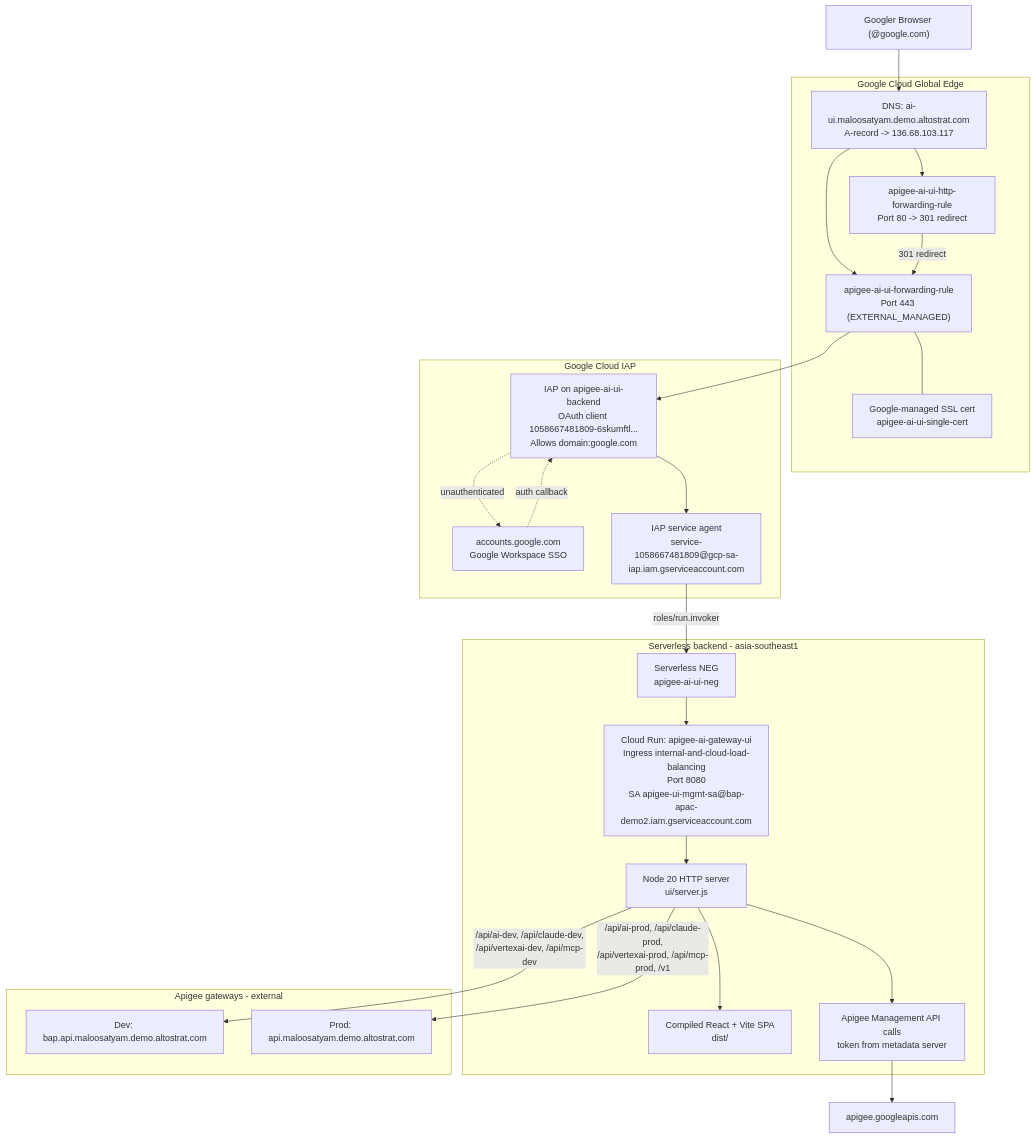
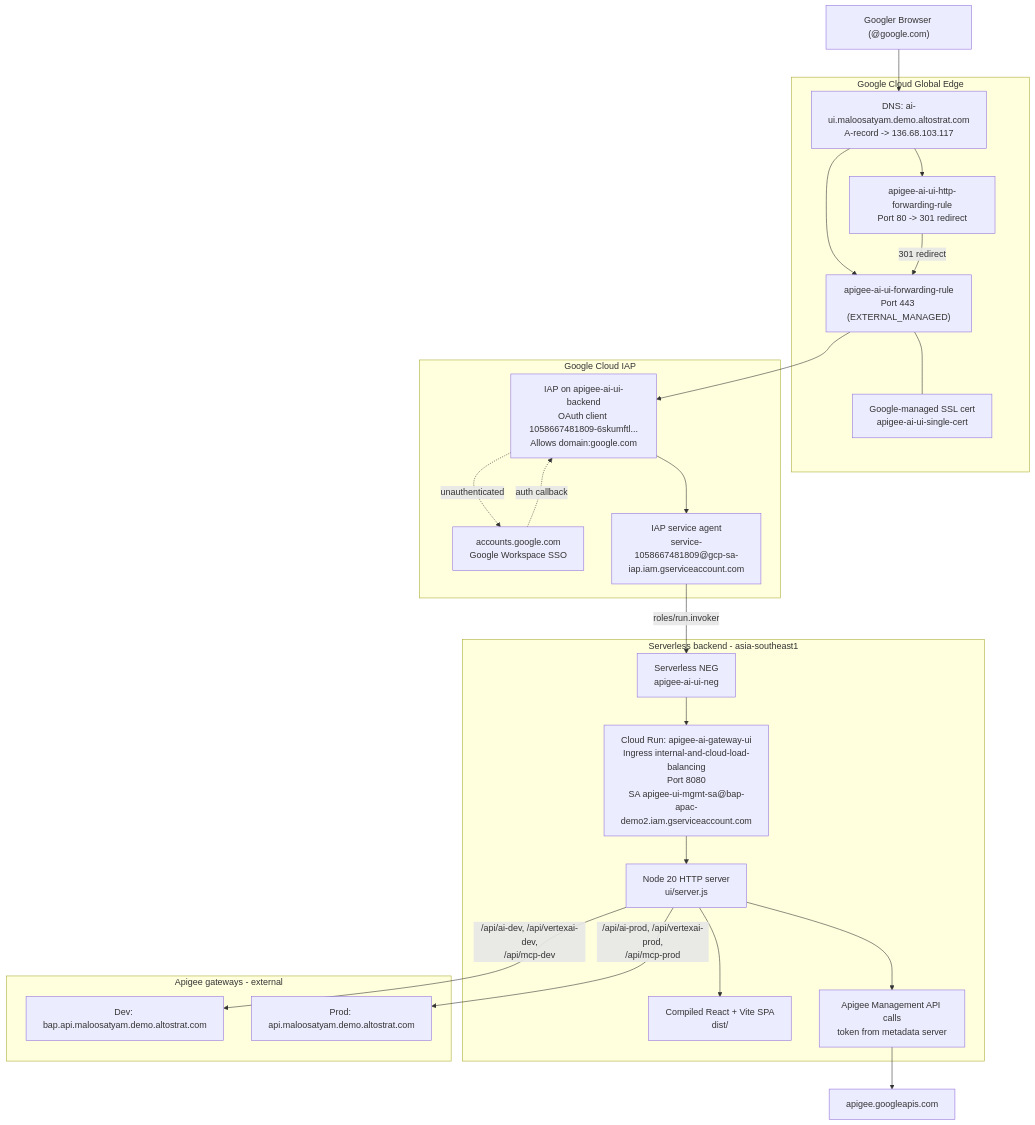
One commit to yem0428/apigee-ai-gateway-demo changed the first of 2 diagrams in docs/cloud_run_iap_deployment_guide.md. Above: the diagram before and after it, drawn with Mermaid. The commit also changed other lines of this file and 19 other files, not shown here.

````diff
--- a/docs/cloud_run_iap_deployment_guide.md
+++ b/docs/cloud_run_iap_deployment_guide.md
@@ -35,52 +35,52 @@
 ```mermaid
 flowchart TB
     User["Googler Browser (@google.com)"]
 
     subgraph edge["Google Cloud Global Edge"]
         DNS["DNS: ai-ui.maloosatyam.demo.altostrat.com\nA-record -> 136.68.103.117"]
         Port80["apigee-ai-ui-http-forwarding-rule\nPort 80 -> 301 redirect"]
         Port443["apigee-ai-ui-forwarding-rule\nPort 443 (EXTERNAL_MANAGED)"]
         Cert["Google-managed SSL cert\napigee-ai-ui-single-cert"]
 
         DNS --> Port80
         DNS --> Port443
         Port80 -->|301 redirect| Port443
         Port443 --- Cert
     end
 
     subgraph sec["Google Cloud IAP"]
         IAP["IAP on apigee-ai-ui-backend\nOAuth client 1058667481809-6skumftl...\nAllows domain:google.com"]
         GoogleLogin["accounts.google.com\nGoogle Workspace SSO"]
         IAP_SA["IAP service agent\nservice-1058667481809@gcp-sa-iap.iam.gserviceaccount.com"]
 
         Port443 --> IAP
         IAP -.->|unauthenticated| GoogleLogin
         GoogleLogin -.->|auth callback| IAP
         IAP --> IAP_SA
     end
 
     subgraph compute["Serverless backend - asia-southeast1"]
         NEG["Serverless NEG\napigee-ai-ui-neg"]
         CloudRun["Cloud Run: apigee-ai-gateway-ui\nIngress internal-and-cloud-load-balancing\nPort 8080\nSA apigee-ui-mgmt-sa@bap-apac-demo2.iam.gserviceaccount.com"]
         NodeServer["Node 20 HTTP server\nui/server.js"]
         Static["Compiled React + Vite SPA\ndist/"]
         ManagementProxy["Apigee Management API calls\ntoken from metadata server"]
 
         IAP_SA -->|roles/run.invoker| NEG
         NEG --> CloudRun
         CloudRun --> NodeServer
         NodeServer --> Static
         NodeServer --> ManagementProxy
     end
 
     subgraph gw["Apigee gateways - external"]
         DevProxy["Dev: bap.api.maloosatyam.demo.altostrat.com"]
         ProdProxy["Prod: api.maloosatyam.demo.altostrat.com"]
 
-        NodeServer -->|/api/ai-dev, /api/claude-dev,\n/api/vertexai-dev, /api/mcp-dev| DevProxy
-        NodeServer -->|/api/ai-prod, /api/claude-prod,\n/api/vertexai-prod, /api/mcp-prod, /v1| ProdProxy
+        NodeServer -->|/api/ai-dev, /api/vertexai-dev,\n/api/mcp-dev| DevProxy
+        NodeServer -->|/api/ai-prod, /api/vertexai-prod,\n/api/mcp-prod| ProdProxy
     end
 
     User --> DNS
     ManagementProxy --> Apigee["apigee.googleapis.com"]
 ```
````
